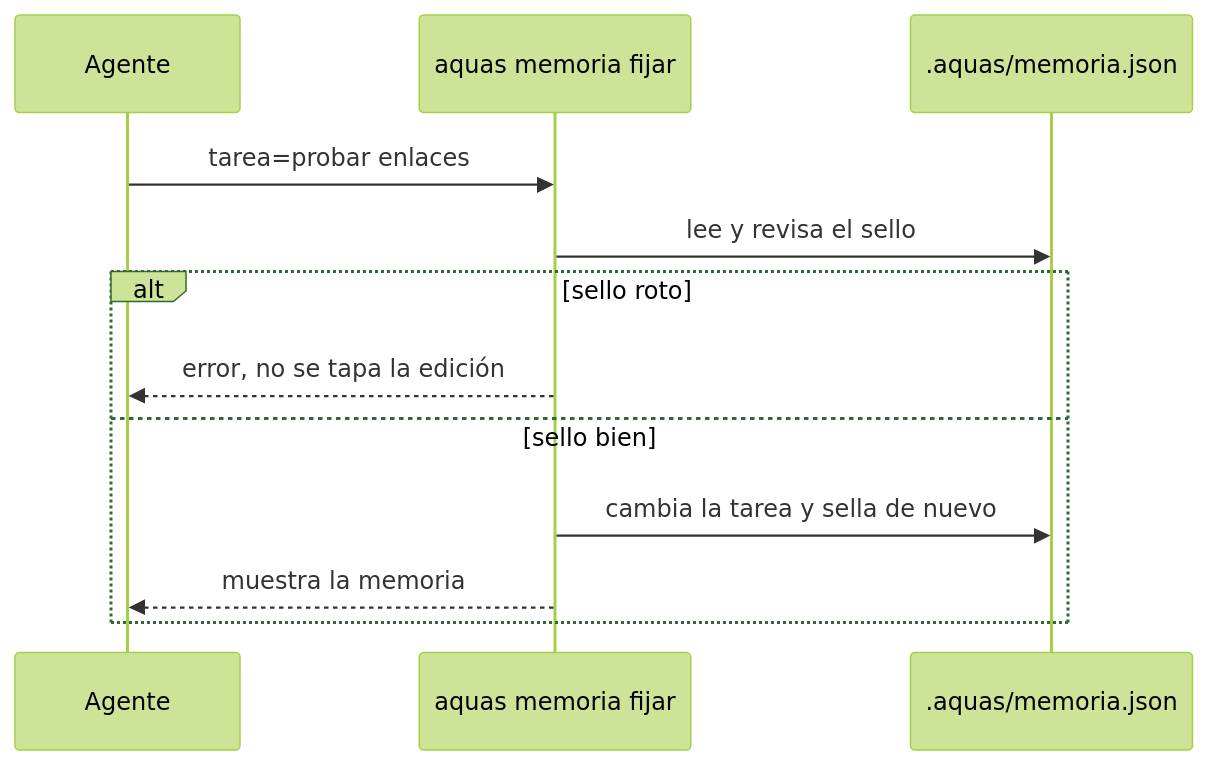
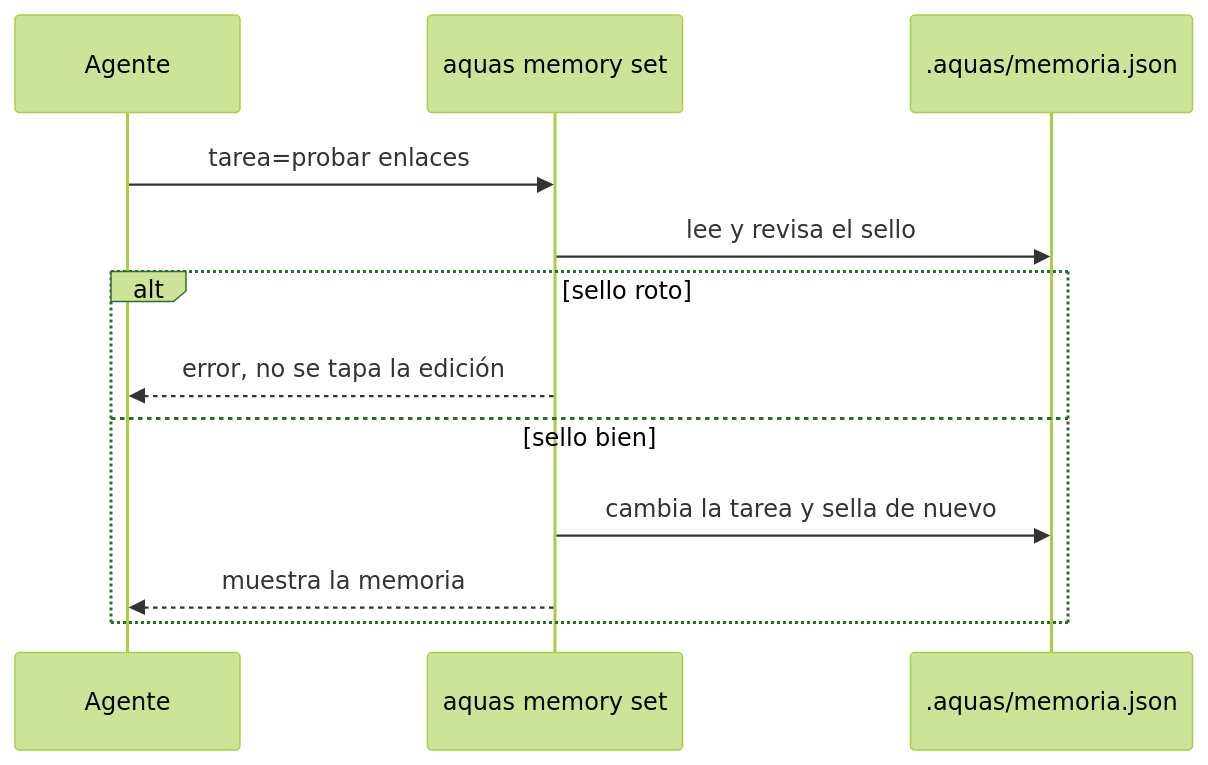
One commit to jliberal-aquas/aquas-central-harness-government changed the first of 2 diagrams in docs/E001/F005/S001.md. Above: the diagram before and after it, drawn with Mermaid (forest theme). The commit also changed other lines of this file and 184 other files, not shown here.

````diff
--- a/docs/E001/F005/S001.md
+++ b/docs/E001/F005/S001.md
@@ -45,14 +45,14 @@
 ```mermaid
 sequenceDiagram
     participant A as Agente
-    participant Q as aquas memoria fijar
+    participant Q as aquas memory set
     participant M as .aquas/memoria.json
     A->>Q: tarea=probar enlaces
     Q->>M: lee y revisa el sello
     alt sello roto
         Q-->>A: error, no se tapa la edición
     else sello bien
         Q->>M: cambia la tarea y sella de nuevo
         Q-->>A: muestra la memoria
     end
 ```
````
